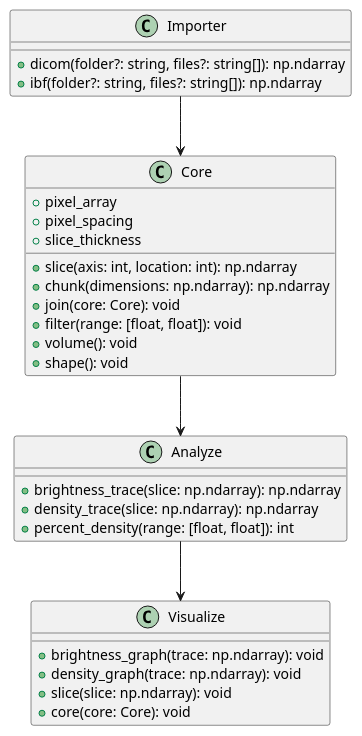
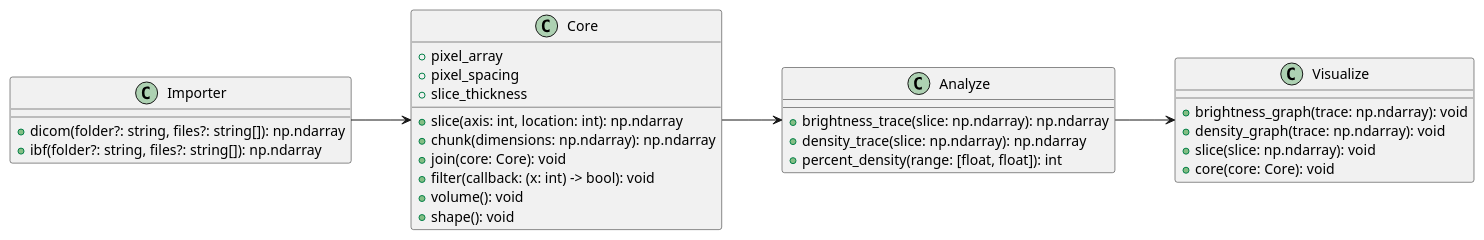
The diagram in architecture.puml (mines-erds/core-ct), drawn with PlantUML before and after one commit.

Commit message:
Updated the UML

```diff
--- a/architecture.puml
+++ b/architecture.puml
@@ -1,35 +1,37 @@
 @startuml
+left to right direction
+
 class Importer {
  +dicom(folder?: string, files?: string[]): np.ndarray
  +ibf(folder?: string, files?: string[]): np.ndarray
 }
 
 class Core {
  +pixel_array
  +pixel_spacing
  +slice_thickness
  +slice(axis: int, location: int): np.ndarray
  +chunk(dimensions: np.ndarray): np.ndarray
  +join(core: Core): void
- +filter(range: [float, float]): void
+ +filter(callback: (x: int) -> bool): void
  +volume(): void
  +shape(): void
 }
 
 class Analyze {
  +brightness_trace(slice: np.ndarray): np.ndarray
  +density_trace(slice: np.ndarray): np.ndarray
  +percent_density(range: [float, float]): int 
 }
 
 class Visualize {
  +brightness_graph(trace: np.ndarray): void
  +density_graph(trace: np.ndarray): void
  +slice(slice: np.ndarray): void
  +core(core: Core): void
 }
 
 Importer --> Core
 Core --> Analyze
 Analyze --> Visualize
 @enduml
```
